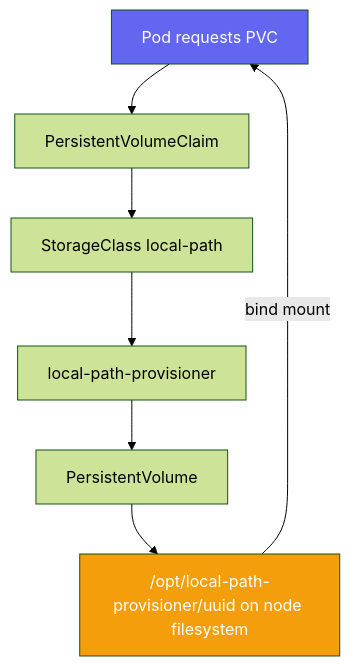
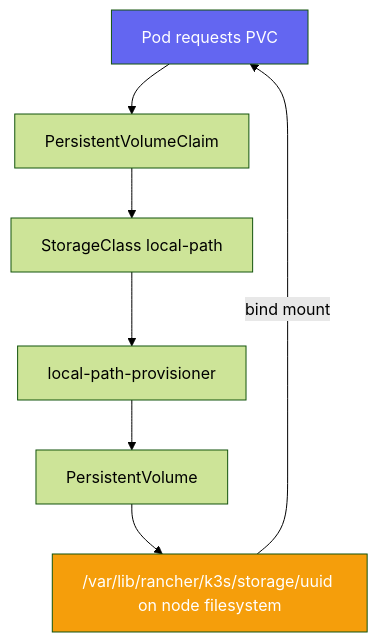
The sixth of 8 diagrams in 01_introduction/03_architecture_overview.md (UncleJS/course_k3s), drawn with Mermaid (forest theme) before and after one commit. The commit also changed other lines of this file and 74 other files, not shown here.

````diff
--- a/01_introduction/03_architecture_overview.md
+++ b/01_introduction/03_architecture_overview.md
@@ -275,19 +275,19 @@
 ```mermaid
 flowchart TD
     POD[Pod requests PVC]
     PVC[PersistentVolumeClaim]
     SC[StorageClass local-path]
     PROV[local-path-provisioner]
     PV[PersistentVolume]
-    DIR["/opt/local-path-provisioner/uuid on node filesystem"]
+    DIR["/var/lib/rancher/k3s/storage/uuid on node filesystem"]
 
     POD --> PVC
     PVC --> SC
     SC --> PROV
     PROV --> PV
     PV --> DIR
     DIR -->|"bind mount"| POD
 
     style POD fill:#6366f1,color:#fff
     style DIR fill:#f59e0b,color:#fff
 ```
````
